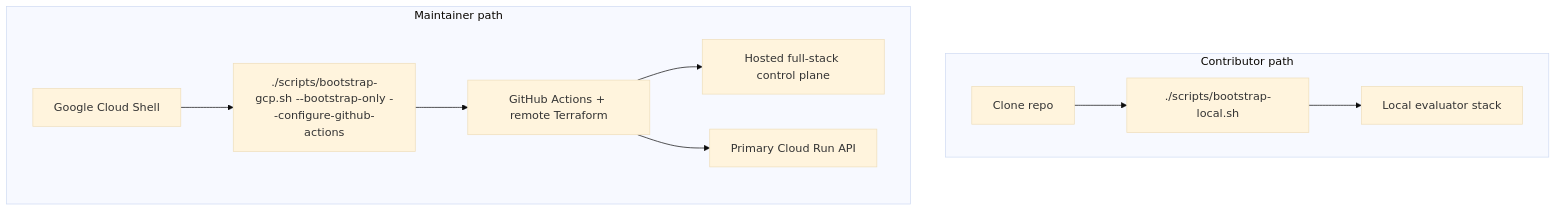
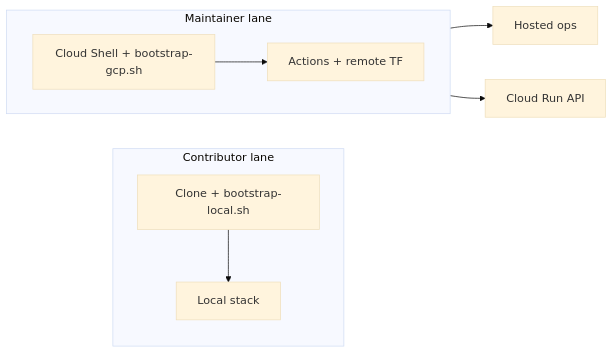
One commit to javihslu/foehncast changed the second of 2 diagrams in README.md. Above: the diagram before and after it, drawn with Mermaid (base theme). The commit also changed other lines of this file and 22 other files, not shown here.

Commit message:
docs(site): simplify Mermaid diagrams

````diff
--- a/README.md
+++ b/README.md
@@ -37,21 +34,15 @@
 ```mermaid
-flowchart TB
-  subgraph Contributor[Contributor path]
-    Clone[Clone repo]
-    Local[./scripts/bootstrap-local.sh]
-    Compose[Local evaluator stack]
+flowchart LR
+  subgraph Contributor[Contributor lane]
+    direction TB
+    Local[Clone + bootstrap-local.sh] --> Compose[Local stack]
   end
 
-  subgraph Maintainer[Maintainer path]
-    Shell[Google Cloud Shell]
-    Bootstrap[./scripts/bootstrap-gcp.sh --bootstrap-only --configure-github-actions]
-    Cloud[GitHub Actions + remote Terraform]
-    Host[Hosted full-stack control plane]
-    Run[Primary Cloud Run API]
+  subgraph Maintainer[Maintainer lane]
+    direction LR
+    Shell[Cloud Shell + bootstrap-gcp.sh] --> Release[Actions + remote TF]
   end
 
-  Clone --> Local --> Compose
-  Shell --> Bootstrap --> Cloud
-  Cloud --> Host
-  Cloud --> Run
+  Release --> Host[Hosted ops]
+  Release --> Run[Cloud Run API]
 ```
````
